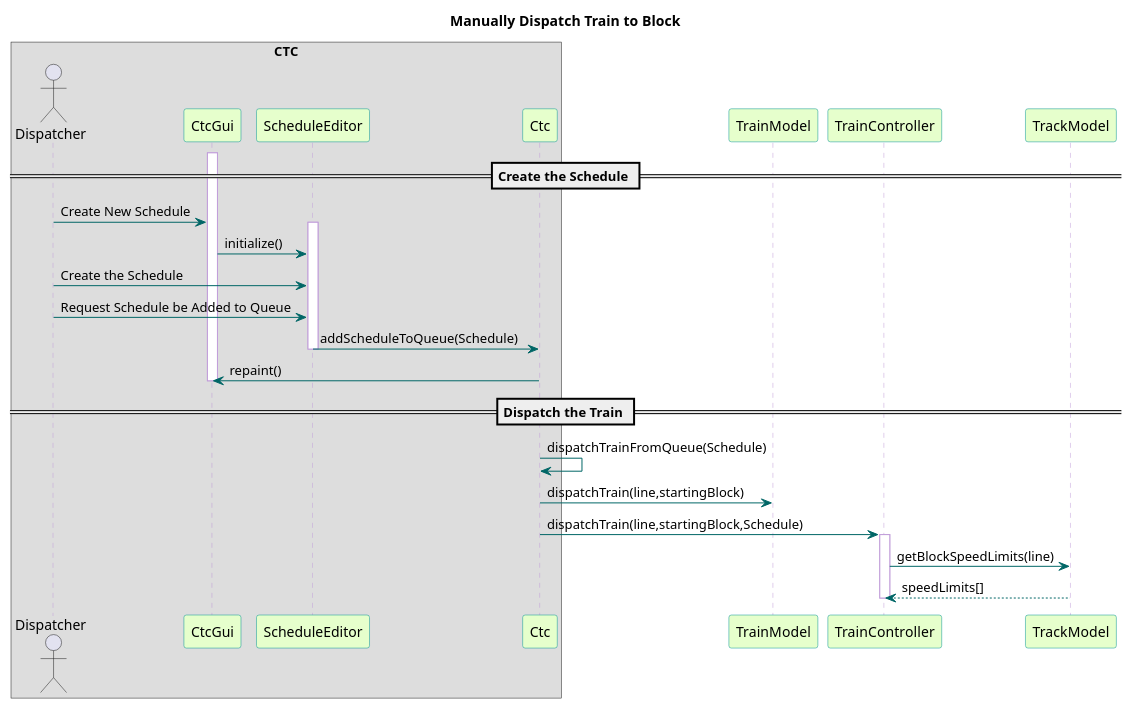
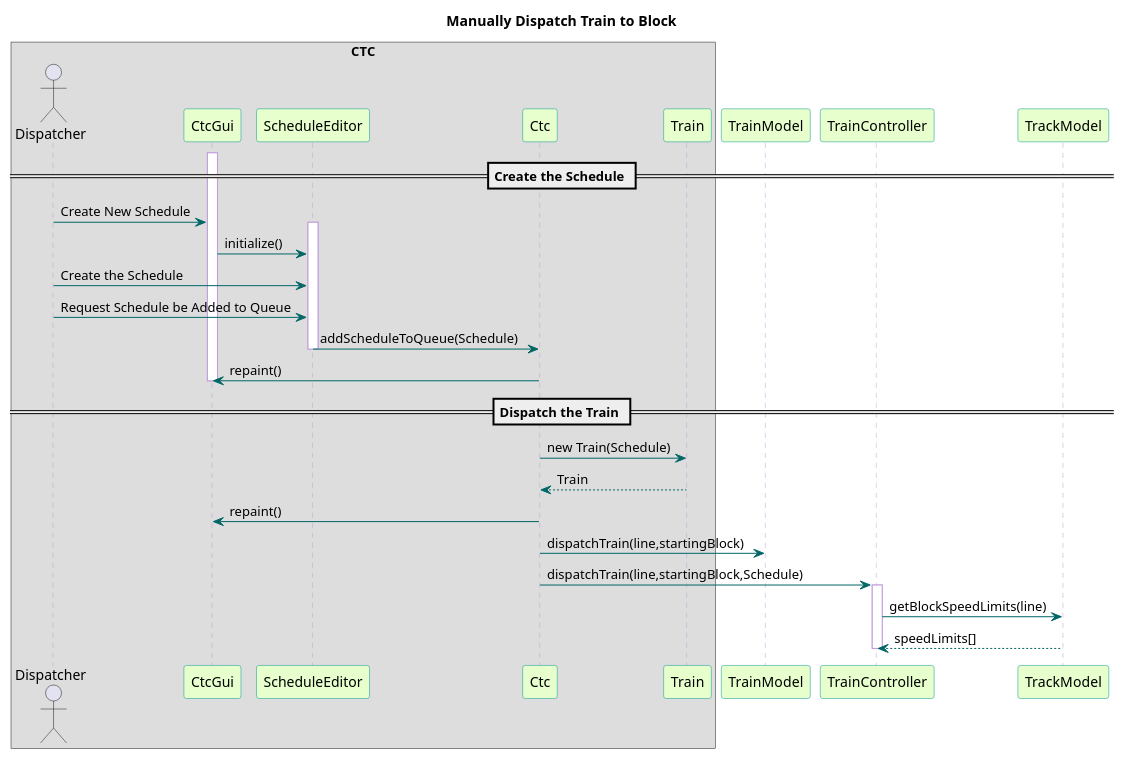
Before and after one commit to kevingilboy/COE1186: the diagram in TrainSystem/yUML/Sequence Diagrams/Ctc/CtcDispatchTrain.pu, drawn with PlantUML. The commit also changed 2 other files, not shown here.

Commit message:
Edit Schedule Updated

```diff
--- a/TrainSystem/yUML/Sequence Diagrams/Ctc/CtcDispatchTrain.pu
+++ b/TrainSystem/yUML/Sequence Diagrams/Ctc/CtcDispatchTrain.pu
@@ -1,46 +1,49 @@
 @startuml
 
 title Manually Dispatch Train to Block
 
 skinparam sequence {
   BackgroundColor transparent
   ParticipantBackgroundColor #e6ffcc
   ParticipantBorderColor 	#049595
   PackageBorderCOlor  #049595
   ArrowColor #006666
   LifeLineBorderColor #c09cd9
 }
 box "CTC"
 actor Dispatcher
 participant CtcGui
 participant ScheduleEditor
 participant Ctc
+participant Train
 end box
 
 participant TrainModel
 participant TrainController
 participant TrackModel
 
 == Create the Schedule ==
 activate CtcGui
 Dispatcher -> CtcGui : Create New Schedule
 activate ScheduleEditor
 CtcGui -> ScheduleEditor : initialize()
 Dispatcher -> ScheduleEditor : Create the Schedule
 Dispatcher -> ScheduleEditor : Request Schedule be Added to Queue
 ScheduleEditor -> Ctc : addScheduleToQueue(Schedule)
 deactivate ScheduleEditor
 Ctc -> CtcGui : repaint()
 deactivate CtcGui
 == Dispatch the Train ==
-Ctc -> Ctc : dispatchTrainFromQueue(Schedule)
+Ctc -> Train : new Train(Schedule)
+Train --> Ctc : Train
+Ctc -> CtcGui : repaint()
+
 Ctc -> TrainModel : dispatchTrain(line,startingBlock)
 Ctc -> TrainController : dispatchTrain(line,startingBlock,Schedule)
-
 
 activate TrainController
 TrainController -> TrackModel : getBlockSpeedLimits(line)
 TrackModel --> TrainController : speedLimits[]
 deactivate TrainController
 
 @enduml
```
